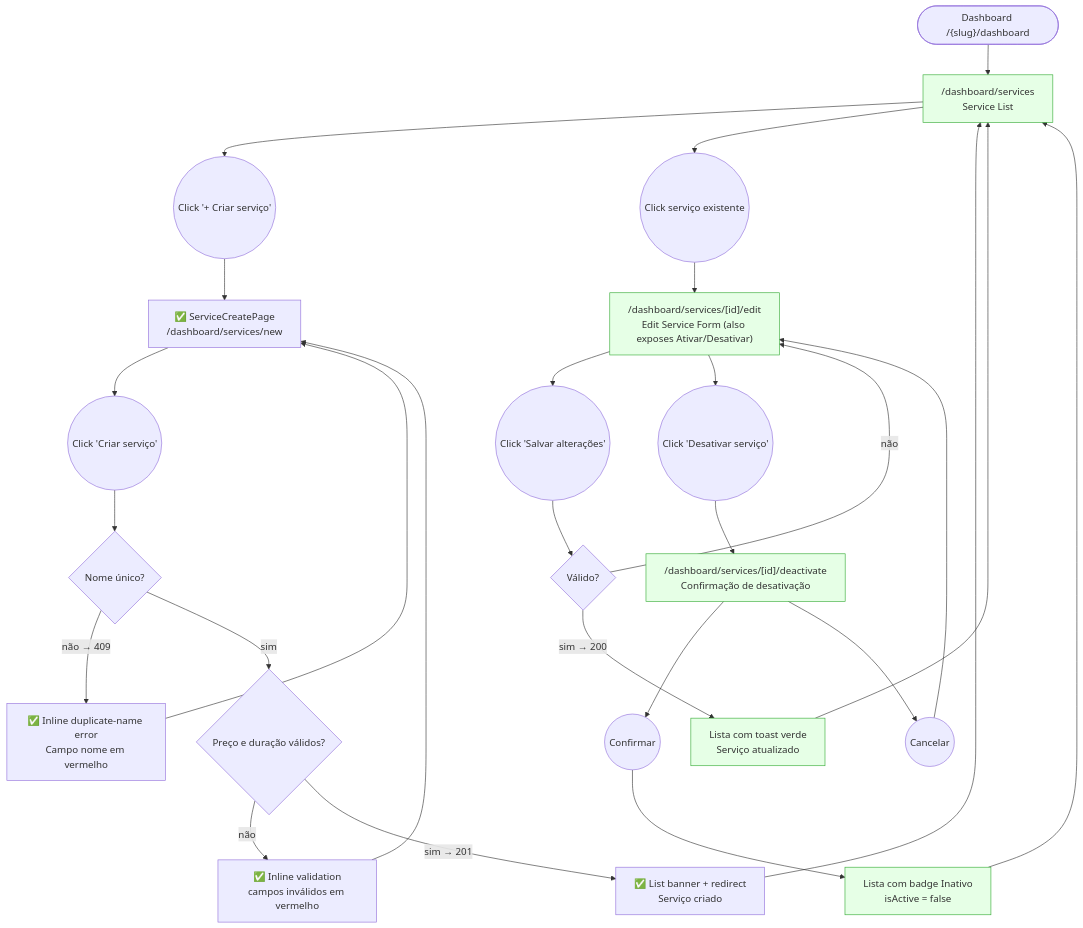
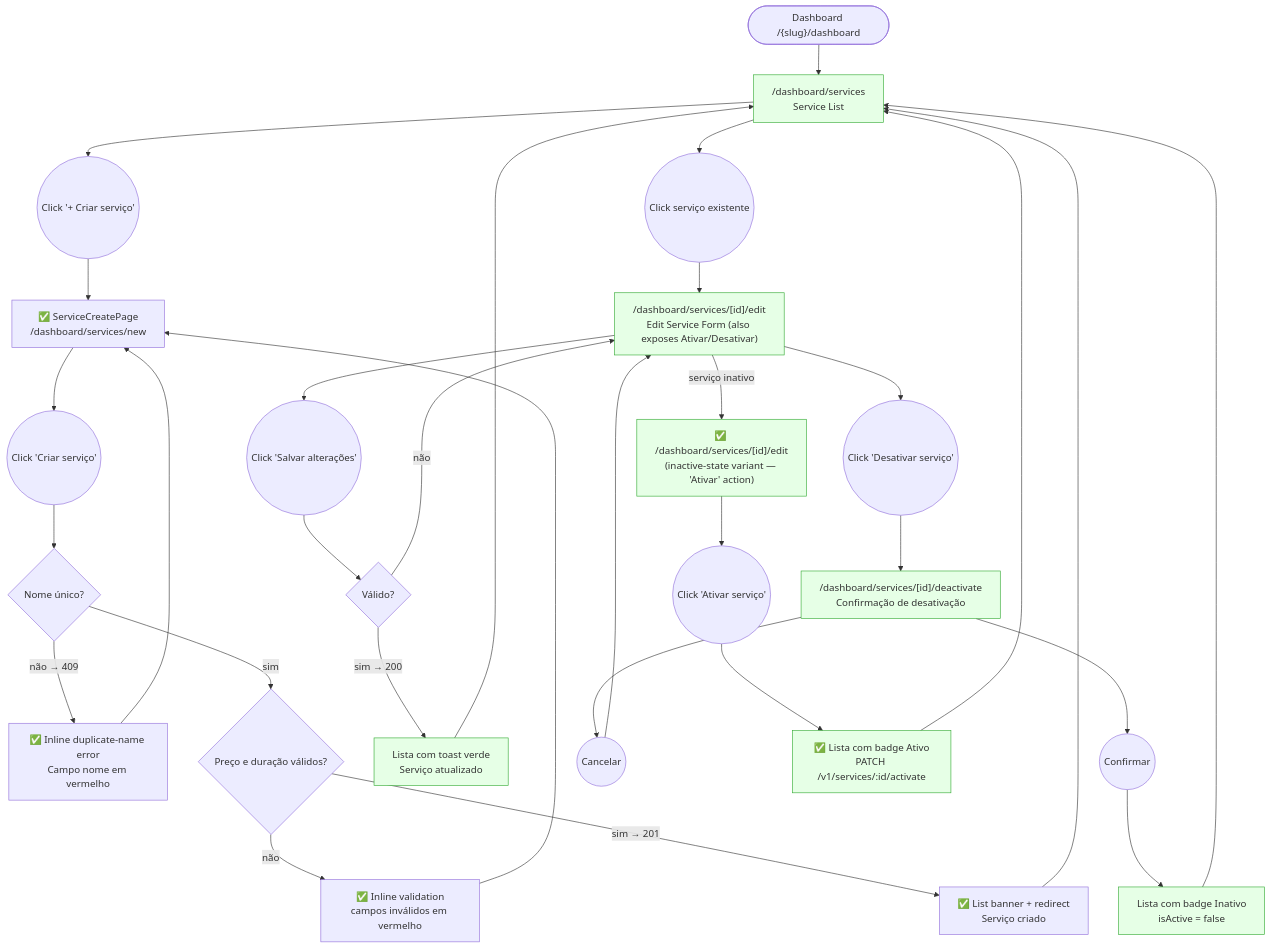
One commit to lmmoreira/ikaro changed the diagram in plan/journey/staff/servicos.md. Above: the diagram before and after it, drawn with Mermaid. The commit also changed other lines of this file and 28 other files, not shown here.

````diff
--- a/plan/journey/staff/servicos.md
+++ b/plan/journey/staff/servicos.md
@@ -10,41 +10,47 @@
 ```mermaid
 flowchart TD
     classDef existing fill:#e6ffe6,stroke:#3a3
     classDef gap stroke:#f00,stroke-dasharray: 5 5,fill:#fee
 
     Start(["Dashboard /{slug}/dashboard"]) --> List["/dashboard/services<br/>Service List"]
 
     List --> CreateBtn(("Click '+ Criar serviço'"))
     List --> EditClick(("Click serviço existente"))
 
     %% UC-012 — Create
     CreateBtn --> CreateForm["✅ ServiceCreatePage<br/>/dashboard/services/new"]
     CreateForm --> CreateSubmit(("Click 'Criar serviço'"))
     CreateSubmit --> NameCheck{"Nome único?"}
     NameCheck -- "não → 409" --> NameError["✅ Inline duplicate-name error<br/>Campo nome em vermelho"]
     NameError --> CreateForm
     NameCheck -- "sim" --> PriceCheck{"Preço e duração válidos?"}
     PriceCheck -- "não" --> ValError["✅ Inline validation<br/>campos inválidos em vermelho"]
     ValError --> CreateForm
     PriceCheck -- "sim → 201" --> CreateSuccess["✅ List banner + redirect<br/>Serviço criado"]
 
     %% UC-013 — Edit
     EditClick --> EditForm["/dashboard/services/[id]/edit<br/>Edit Service Form (also exposes Ativar/Desativar)"]
     EditForm --> EditSubmit(("Click 'Salvar alterações'"))
     EditSubmit --> EditCheck{"Válido?"}
     EditCheck -- "não" --> EditForm
     EditCheck -- "sim → 200" --> EditSuccess["Lista com toast verde<br/>Serviço atualizado"]
 
     EditForm --> DeactivateBtn(("Click 'Desativar serviço'"))
     DeactivateBtn --> DeactivateConfirm["/dashboard/services/[id]/deactivate<br/>Confirmação de desativação"]
     DeactivateConfirm --> ConfirmYes(("Confirmar"))
     DeactivateConfirm --> ConfirmNo(("Cancelar"))
     ConfirmYes --> DeactivateSuccess["Lista com badge Inativo<br/>isActive = false"]
     ConfirmNo --> EditForm
 
+    %% UC-013 A4 — Reactivate (inactive service)
+    EditForm -- "serviço inativo" --> InactiveEdit["✅ /dashboard/services/[id]/edit<br/>(inactive-state variant — 'Ativar' action)"]
+    InactiveEdit --> ActivateBtn(("Click 'Ativar serviço'"))
+    ActivateBtn --> ActivateSuccess["✅ Lista com badge Ativo<br/>PATCH /v1/services/:id/activate"]
+
     CreateSuccess --> List
     EditSuccess --> List
     DeactivateSuccess --> List
+    ActivateSuccess --> List
 
-    class List,EditForm,DeactivateConfirm,EditSuccess,DeactivateSuccess existing
+    class List,EditForm,DeactivateConfirm,EditSuccess,DeactivateSuccess,InactiveEdit,ActivateSuccess existing
 ```
````
